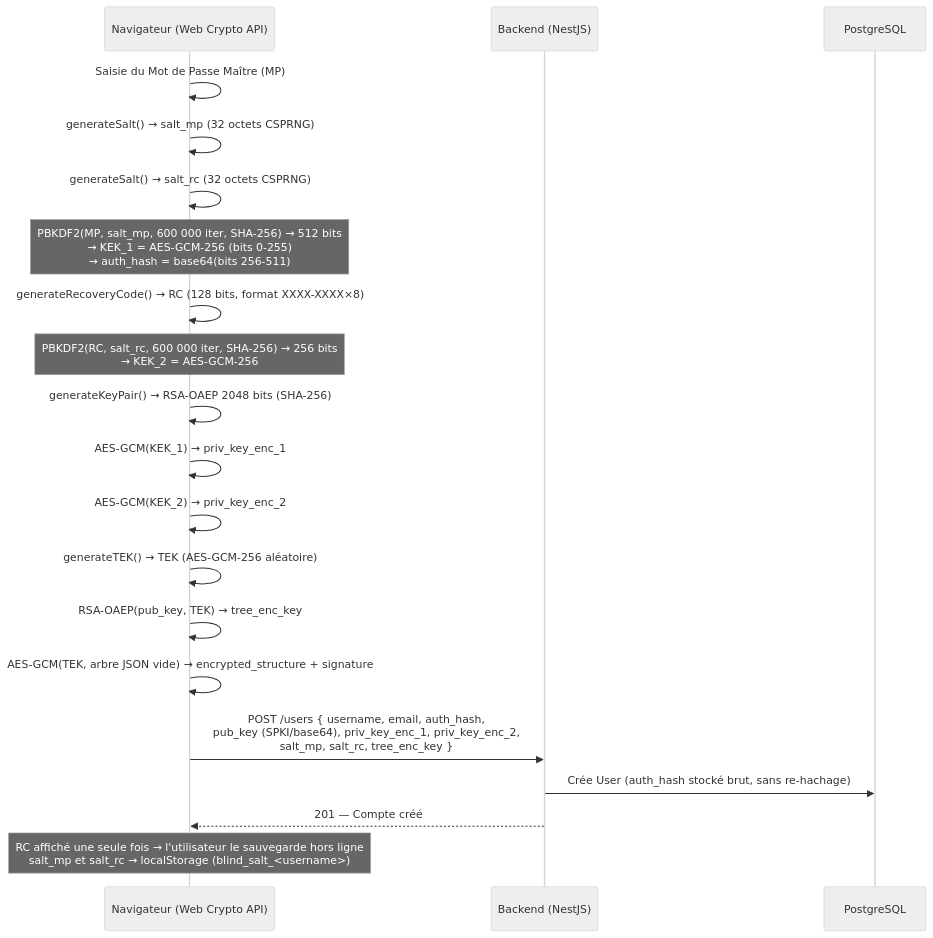
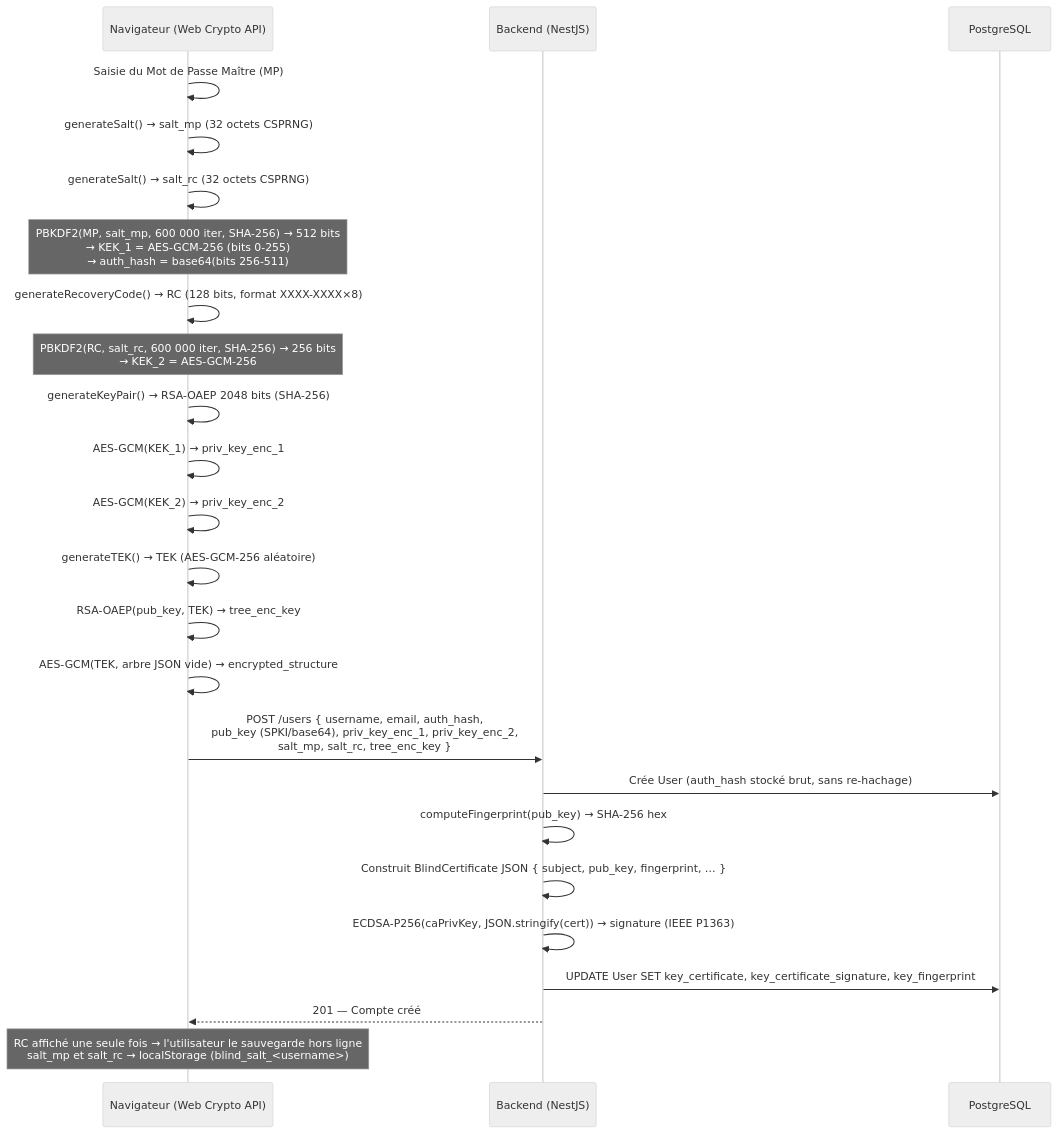
One commit to blind-storage/back-end changed the first of 12 diagrams in doc/crypto-flows.md. Above: the diagram before and after it, drawn with Mermaid (neutral theme). The commit also changed other lines of this file and 3 other files, not shown here.

Commit message:
fix(auth): remove Rezel OIDC flow and update documentation; adjust PKI certificate handling

````diff
--- a/doc/crypto-flows.md
+++ b/doc/crypto-flows.md
@@ -11,23 +11,27 @@
 ```mermaid
 sequenceDiagram
     participant U as Navigateur (Web Crypto API)
     participant B as Backend (NestJS)
     participant DB as PostgreSQL
 
     U->>U: Saisie du Mot de Passe Maître (MP)
     U->>U: generateSalt() → salt_mp (32 octets CSPRNG)
     U->>U: generateSalt() → salt_rc (32 octets CSPRNG)
     Note over U: PBKDF2(MP, salt_mp, 600 000 iter, SHA-256) → 512 bits<br/>→ KEK_1 = AES-GCM-256 (bits 0-255)<br/>→ auth_hash = base64(bits 256-511)
     U->>U: generateRecoveryCode() → RC (128 bits, format XXXX-XXXX×8)
     Note over U: PBKDF2(RC, salt_rc, 600 000 iter, SHA-256) → 256 bits<br/>→ KEK_2 = AES-GCM-256
     U->>U: generateKeyPair() → RSA-OAEP 2048 bits (SHA-256)
     U->>U: AES-GCM(KEK_1) → priv_key_enc_1
     U->>U: AES-GCM(KEK_2) → priv_key_enc_2
     U->>U: generateTEK() → TEK (AES-GCM-256 aléatoire)
     U->>U: RSA-OAEP(pub_key, TEK) → tree_enc_key
-    U->>U: AES-GCM(TEK, arbre JSON vide) → encrypted_structure + signature
+    U->>U: AES-GCM(TEK, arbre JSON vide) → encrypted_structure
     U->>B: POST /users { username, email, auth_hash,<br/>  pub_key (SPKI/base64), priv_key_enc_1, priv_key_enc_2,<br/>  salt_mp, salt_rc, tree_enc_key }
     B->>DB: Crée User (auth_hash stocké brut, sans re-hachage)
+    B->>B: computeFingerprint(pub_key) → SHA-256 hex
+    B->>B: Construit BlindCertificate JSON { subject, pub_key, fingerprint, … }
+    B->>B: ECDSA-P256(caPrivKey, JSON.stringify(cert)) → signature (IEEE P1363)
+    B->>DB: UPDATE User SET key_certificate, key_certificate_signature, key_fingerprint
     B-->>U: 201 — Compte créé
     Note over U: RC affiché une seule fois → l'utilisateur le sauvegarde hors ligne<br/>salt_mp et salt_rc → localStorage (blind_salt_<username>)
 ```
````
